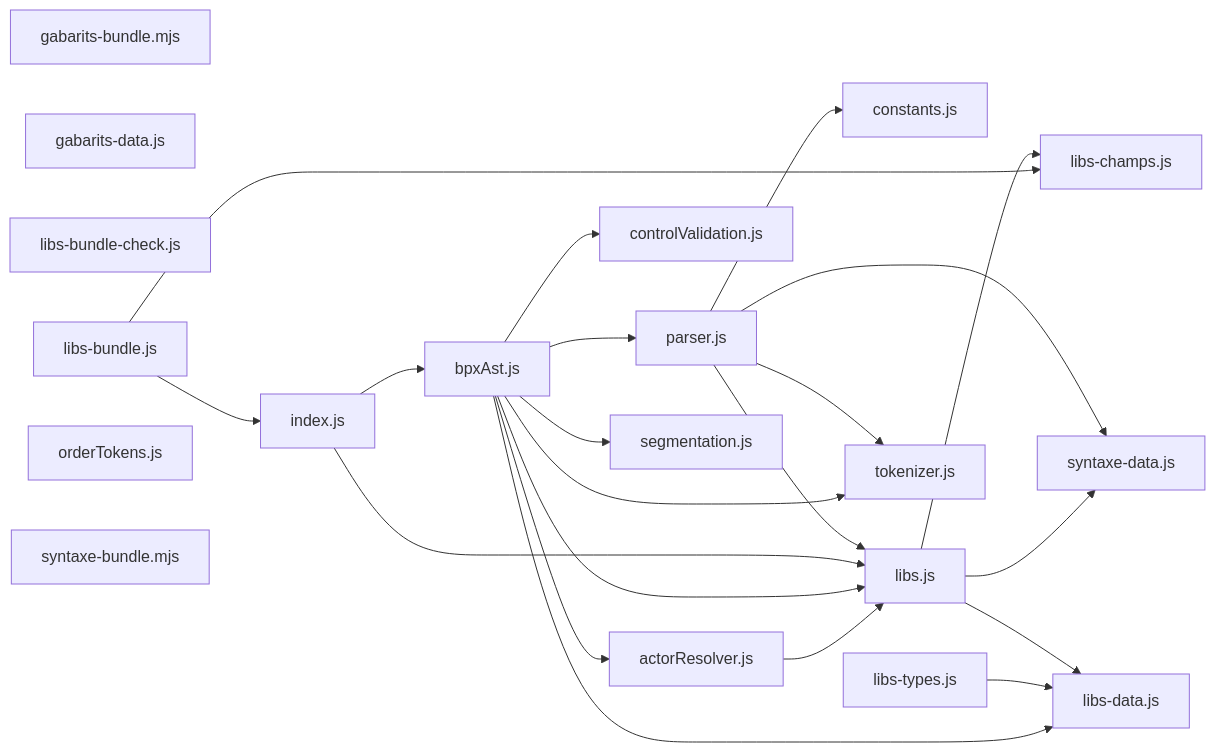
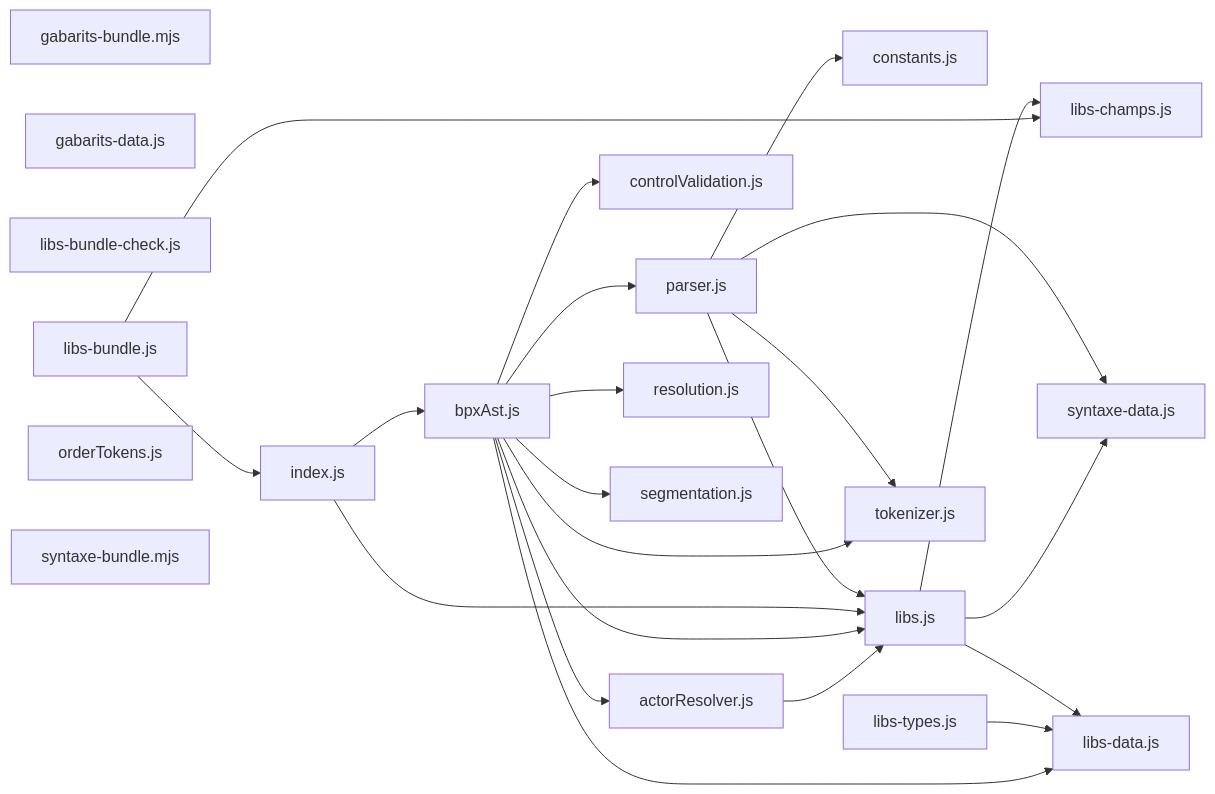
The diagram in docs/arch/carte-reel.md (roomi-fields/BPscript), drawn with Mermaid before and after one commit. The commit also changed other lines of this file and 7 other files, not shown here.

````diff
--- a/docs/arch/carte-reel.md
+++ b/docs/arch/carte-reel.md
@@ -38,42 +39,44 @@
 ```mermaid
 flowchart LR
   actorResolver_js["actorResolver.js"]
   bpxAst_js["bpxAst.js"]
   constants_js["constants.js"]
   controlValidation_js["controlValidation.js"]
   gabarits_bundle_mjs["gabarits-bundle.mjs"]
   gabarits_data_js["gabarits-data.js"]
   index_js["index.js"]
   libs_bundle_check_js["libs-bundle-check.js"]
   libs_bundle_js["libs-bundle.js"]
   libs_champs_js["libs-champs.js"]
   libs_data_js["libs-data.js"]
   libs_types_js["libs-types.js"]
   libs_js["libs.js"]
   orderTokens_js["orderTokens.js"]
   parser_js["parser.js"]
+  resolution_js["resolution.js"]
   segmentation_js["segmentation.js"]
   syntaxe_bundle_mjs["syntaxe-bundle.mjs"]
   syntaxe_data_js["syntaxe-data.js"]
   tokenizer_js["tokenizer.js"]
   actorResolver_js --> libs_js
   bpxAst_js --> tokenizer_js
   bpxAst_js --> parser_js
+  bpxAst_js --> resolution_js
   bpxAst_js --> libs_js
   bpxAst_js --> libs_data_js
   bpxAst_js --> segmentation_js
   bpxAst_js --> actorResolver_js
   bpxAst_js --> controlValidation_js
   index_js --> bpxAst_js
   index_js --> libs_js
   libs_bundle_js --> libs_champs_js
   libs_bundle_js --> index_js
   libs_types_js --> libs_data_js
   libs_js --> libs_data_js
   libs_js --> syntaxe_data_js
   libs_js --> libs_champs_js
   parser_js --> tokenizer_js
   parser_js --> libs_js
   parser_js --> constants_js
   parser_js --> syntaxe_data_js
 ```
````
